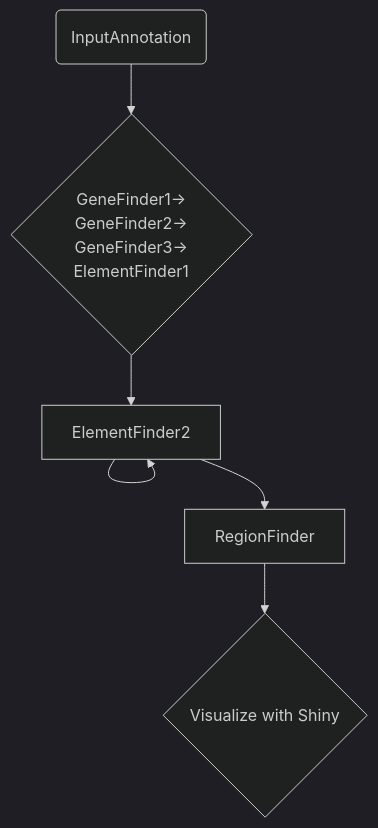
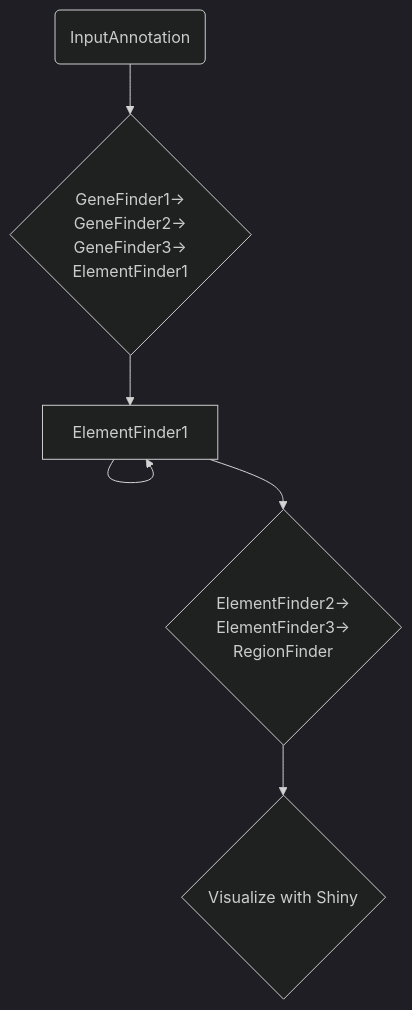
The second of 2 diagrams in README.md (collaborativebioinformatics/starfishDiscovery), drawn with Mermaid (dark theme) before and after one commit. The commit also changed other lines of this file, not shown here.

Commit message:
Update flowchart

````diff
--- a/README.md
+++ b/README.md
@@ -33,11 +33,13 @@
 ```mermaid
 flowchart TB
 A(InputAnnotation) --> B{GeneFinder1->
 GeneFinder2->
 GeneFinder3->
 ElementFinder1}
-B --> C[ElementFinder2]
+B --> C[ElementFinder1]
 C --> C
-C --> D[RegionFinder]
+C --> D{ElementFinder2->
+ElementFinder3->
+RegionFinder}
 D --> E{Visualize with Shiny}
 ```
````
